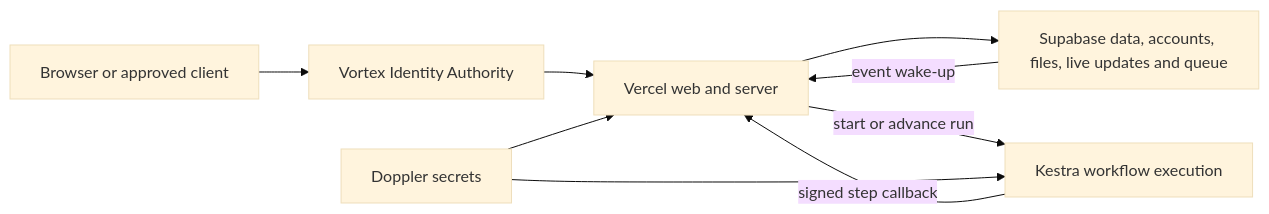
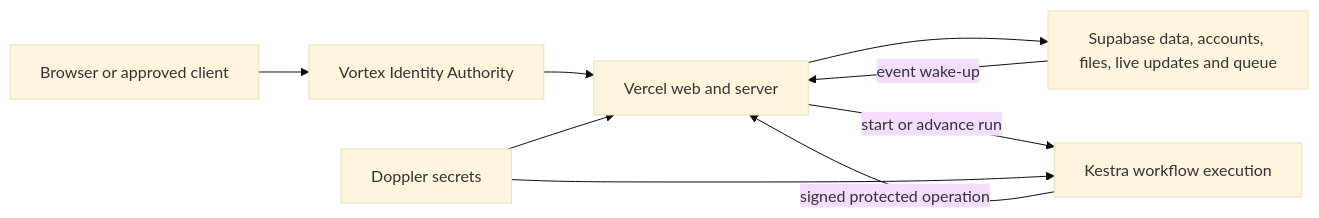
The first of 3 diagrams in docs/specification/17-runtime-storage-and-caching.md (Abzum-NZ/Abzum-Vortex), drawn with Mermaid (base theme) before and after one commit. The commit also changed other lines of this file and 27 other files, not shown here.

````diff
--- a/docs/specification/17-runtime-storage-and-caching.md
+++ b/docs/specification/17-runtime-storage-and-caching.md
@@ -15,11 +15,11 @@
 ```mermaid
 flowchart LR
     PERSON[Browser or approved client] --> IDP[Vortex Identity Authority]
     IDP --> VERCEL[Vercel web and server]
     VERCEL --> SUPA[Supabase data, accounts, files, live updates and queue]
     SUPA -->|event wake-up| VERCEL
     VERCEL -->|start or advance run| KESTRA[Kestra workflow execution]
-    KESTRA -->|signed step callback| VERCEL
+    KESTRA -->|signed protected operation| VERCEL
     DOPPLER[Doppler secrets] --> VERCEL
     DOPPLER --> KESTRA
 ```
````
